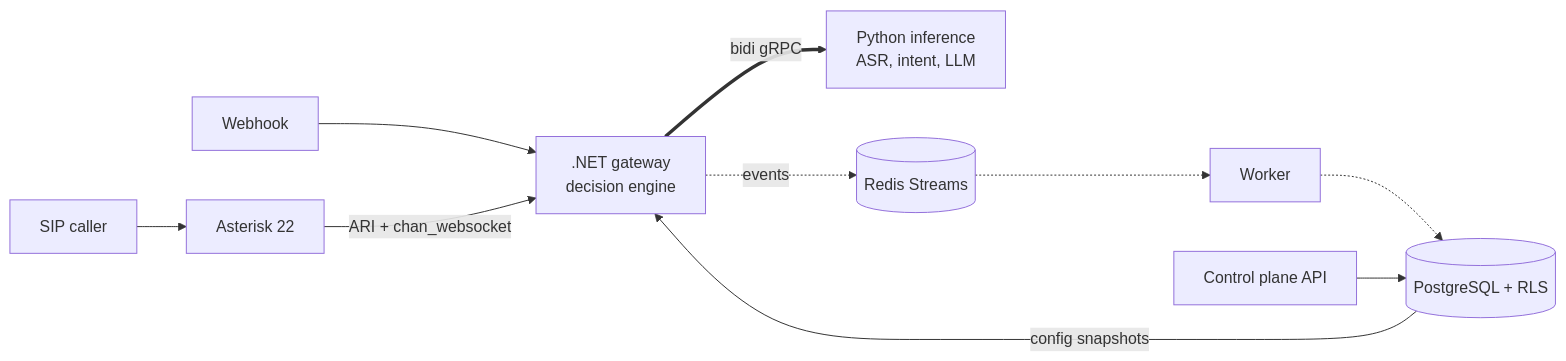
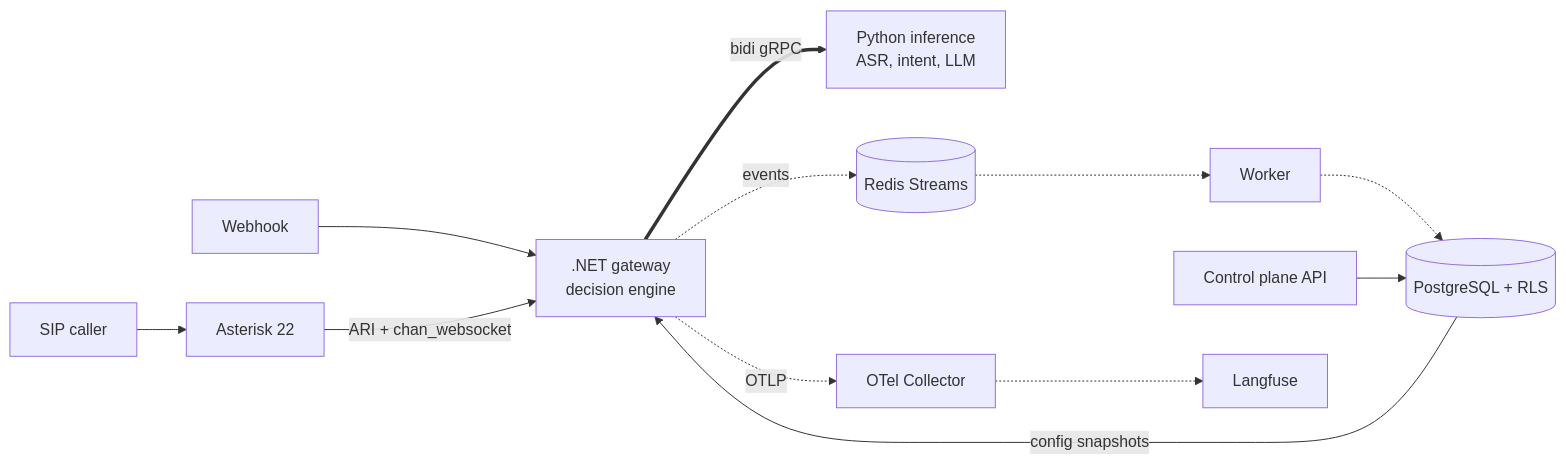
The diagram in README.md (7irelo/switchboard-ai-call-router), drawn with Mermaid before and after one commit. The commit also changed other lines of this file and 28 other files, not shown here.

````diff
--- a/README.md
+++ b/README.md
@@ -7,10 +7,11 @@
 ```mermaid
 flowchart LR
   SIP[SIP caller] --> AST[Asterisk 22]
   WA[Webhook] --> GW
   AST -- "ARI + chan_websocket" --> GW[.NET gateway<br/>decision engine]
   GW == "bidi gRPC" ==> INF[Python inference<br/>ASR, intent, LLM]
   GW -. events .-> RS[(Redis Streams)] -.-> W[Worker] -.-> DB[(PostgreSQL + RLS)]
   API[Control plane API] --> DB
   DB -- "config snapshots" --> GW
+  GW -. OTLP .-> OT[OTel Collector] -.-> LF[Langfuse]
 ```
````
